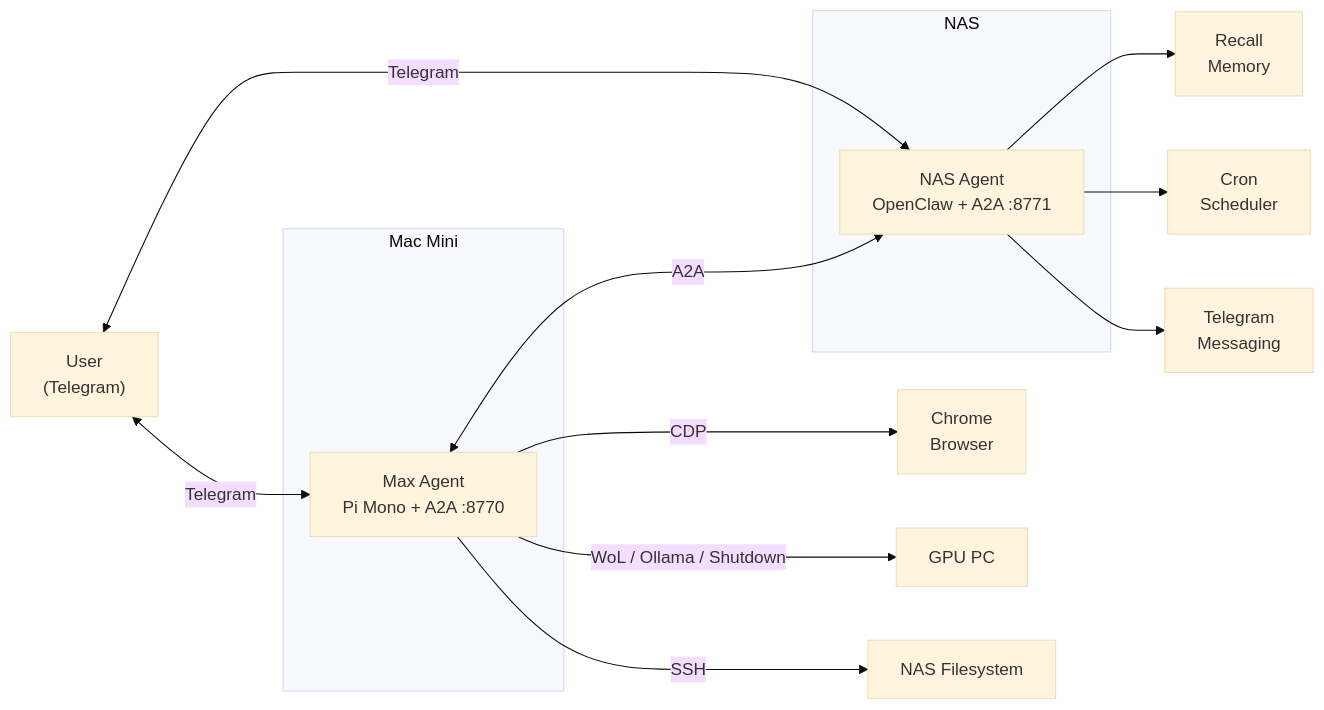
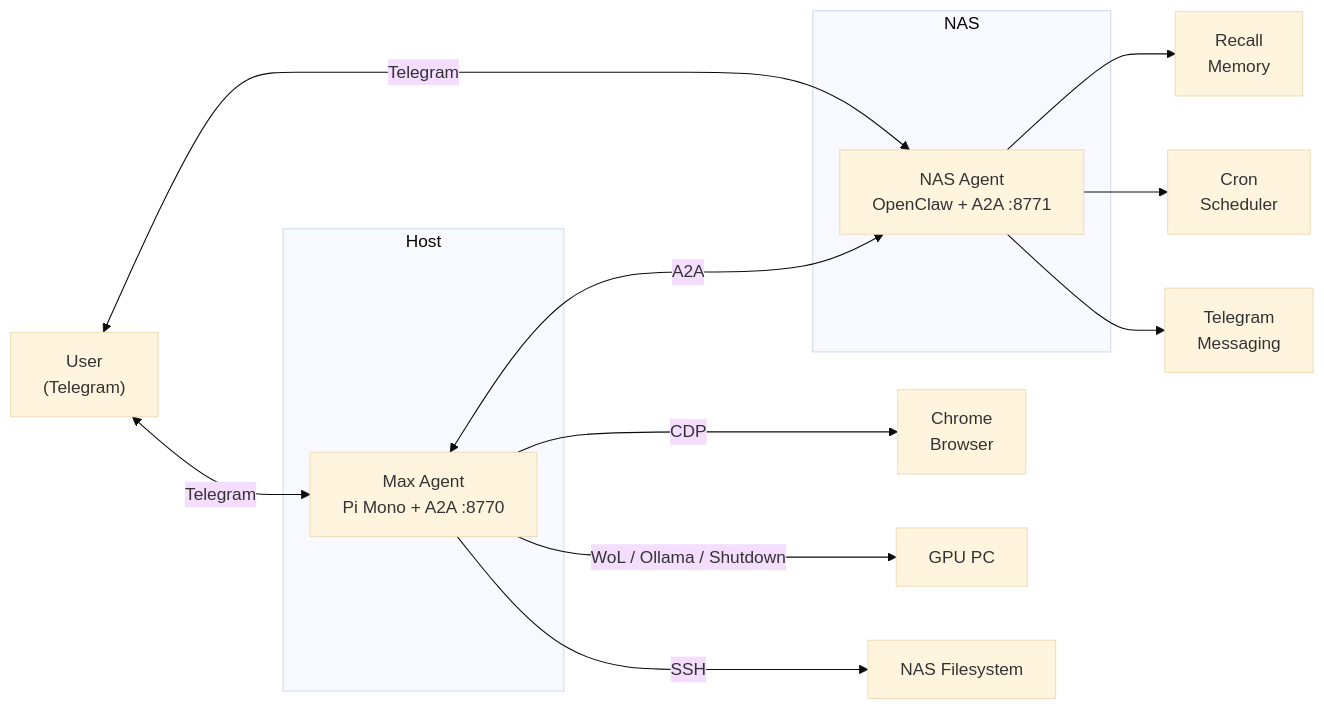
Before and after one commit to arniesaha/agent-max: the diagram in README.md, drawn with Mermaid (base theme). The commit also changed other lines of this file and 2 other files, not shown here.

First line of the commit message:
refactor: remove Mac Mini identity, generalize as self-hosted AI agent

````diff
--- a/README.md
+++ b/README.md
@@ -9,24 +9,24 @@
 ```mermaid
 graph LR
     User["User<br/>(Telegram)"]
 
-    subgraph mac["Mac Mini"]
+    subgraph host["Host"]
         Max["Max Agent<br/>Pi Mono + A2A :8770"]
     end
 
     subgraph nas["NAS"]
         Nix["NAS Agent<br/>OpenClaw + A2A :8771"]
     end
 
     User <-->|Telegram| Max
     User <-->|Telegram| Nix
     Max <-->|A2A| Nix
 
     Max -->|CDP| Chrome["Chrome<br/>Browser"]
     Max -->|WoL / Ollama / Shutdown| GPU["GPU PC"]
     Max -->|SSH| NAS_FS["NAS Filesystem"]
 
     Nix --> Recall["Recall<br/>Memory"]
     Nix --> Cron["Cron<br/>Scheduler"]
     Nix --> TG["Telegram<br/>Messaging"]
 ```
````
